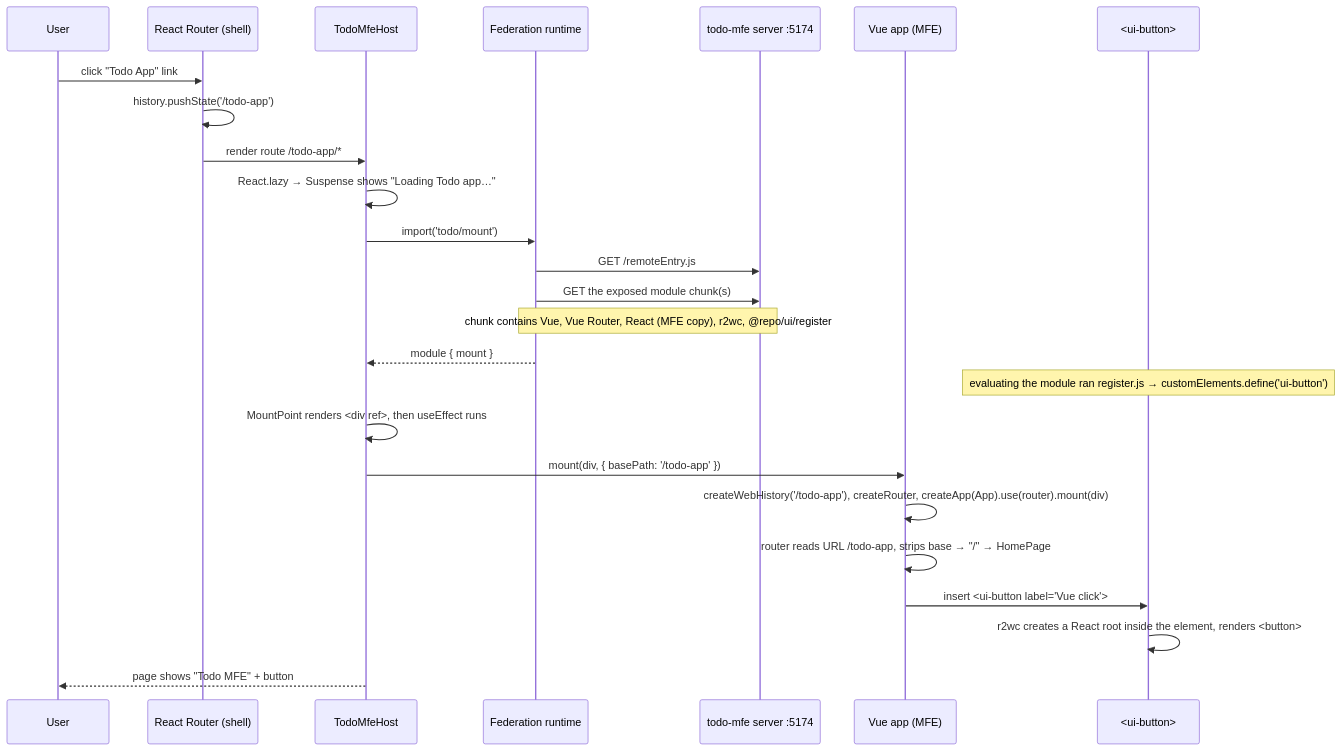
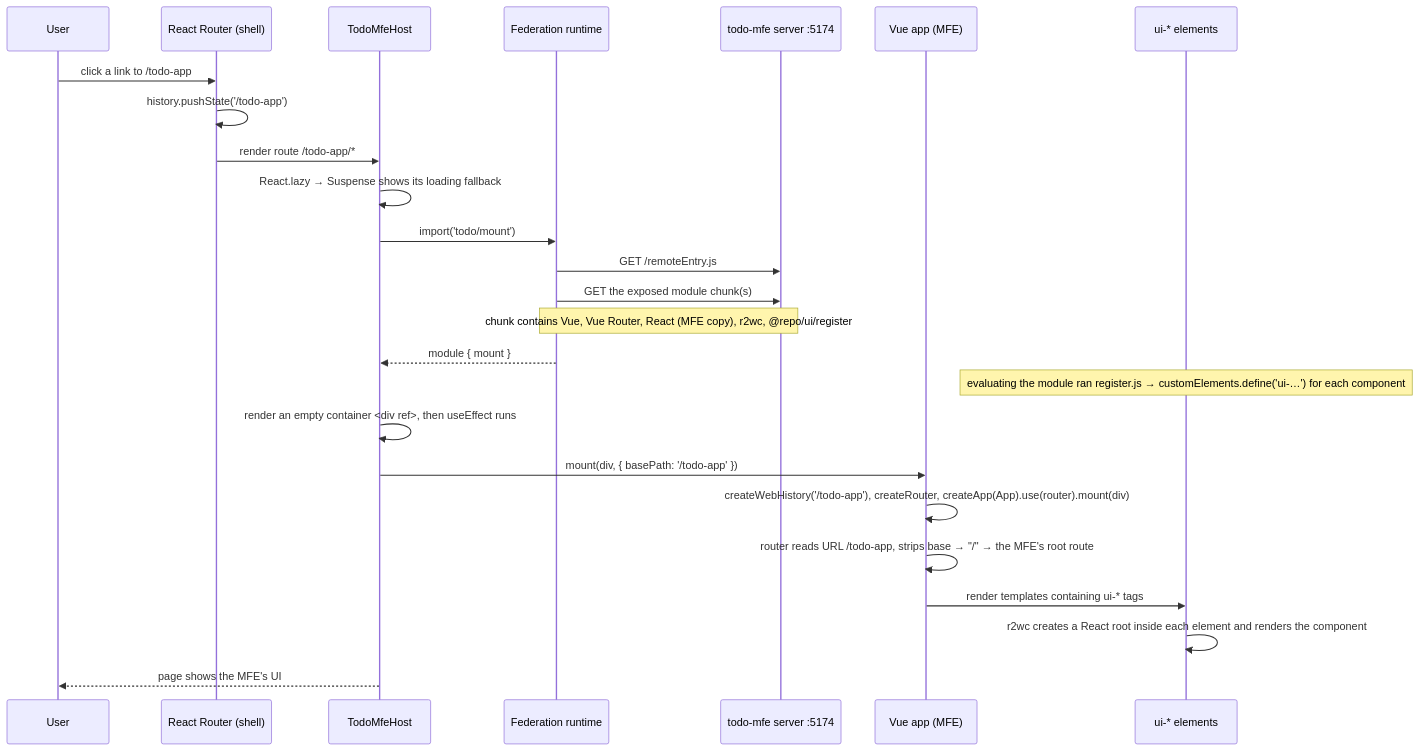
Before and after one commit to themis1986/hybrid-mfe-lab: the second of 2 diagrams in documents/how-it-works.md, drawn with Mermaid. The commit also changed other lines of this file and 2 other files, not shown here.

Commit message:
chore(app): update documents

````diff
--- a/documents/how-it-works.md
+++ b/documents/how-it-works.md
@@ -126,28 +126,28 @@
 ```mermaid
 sequenceDiagram
   participant U as User
   participant RR as React Router (shell)
   participant H as TodoMfeHost
   participant MF as Federation runtime
   participant R as todo-mfe server :5174
   participant V as Vue app (MFE)
-  participant CE as <ui-button>
+  participant CE as ui-* elements
 
-  U->>RR: click "Todo App" link
+  U->>RR: click a link to /todo-app
   RR->>RR: history.pushState('/todo-app')
   RR->>H: render route /todo-app/*
-  H->>H: React.lazy → Suspense shows "Loading Todo app…"
+  H->>H: React.lazy → Suspense shows its loading fallback
   H->>MF: import('todo/mount')
   MF->>R: GET /remoteEntry.js
   MF->>R: GET the exposed module chunk(s)
   Note over MF,R: chunk contains Vue, Vue Router, React (MFE copy), r2wc, @repo/ui/register
   MF-->>H: module { mount }
-  Note over CE: evaluating the module ran register.js → customElements.define('ui-button')
-  H->>H: MountPoint renders <div ref>, then useEffect runs
+  Note over CE: evaluating the module ran register.js → customElements.define('ui-…') for each component
+  H->>H: render an empty container <div ref>, then useEffect runs
   H->>V: mount(div, { basePath: '/todo-app' })
   V->>V: createWebHistory('/todo-app'), createRouter, createApp(App).use(router).mount(div)
-  V->>V: router reads URL /todo-app, strips base → "/" → HomePage
-  V->>CE: insert <ui-button label="Vue click">
-  CE->>CE: r2wc creates a React root inside the element, renders <button>
-  H-->>U: page shows "Todo MFE" + button
+  V->>V: router reads URL /todo-app, strips base → "/" → the MFE's root route
+  V->>CE: render templates containing ui-* tags
+  CE->>CE: r2wc creates a React root inside each element and renders the component
+  H-->>U: page shows the MFE's UI
 ```
````
